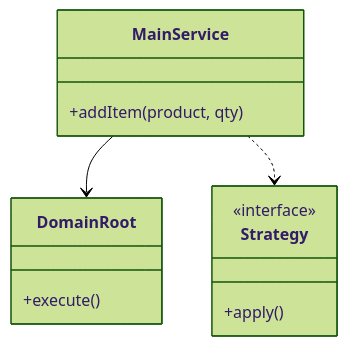
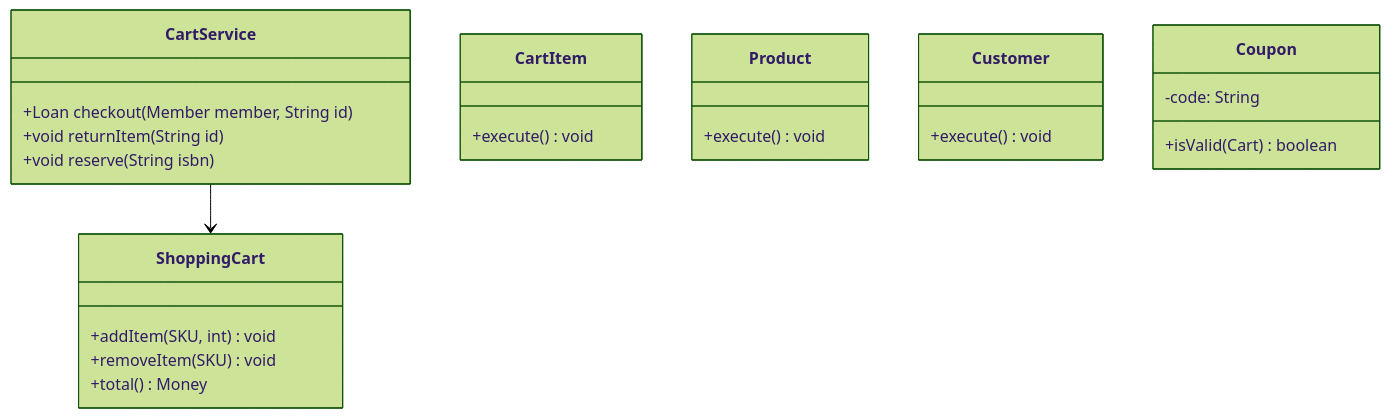
One commit to madhupaila/Interview-Prep-SSE changed the first of 3 diagrams in Learn/System Design - Low Level Design/02-classic-ood/questions/Q22-shopping-cart.md. Above: the diagram before and after it, drawn with Mermaid (forest theme). The commit also changed other lines of this file and 491 other files, not shown here.

````diff
--- a/Learn/System Design - Low Level Design/02-classic-ood/questions/Q22-shopping-cart.md
+++ b/Learn/System Design - Low Level Design/02-classic-ood/questions/Q22-shopping-cart.md
@@ -75,15 +89,27 @@
 ```mermaid
 classDiagram
-    class MainService {
-        +addItem(product, qty)
+    class CartService {
+        +Loan checkout(Member member, String id)
+        +void returnItem(String id)
+        +void reserve(String isbn)
     }
-    class DomainRoot {
-        +execute()
+    class ShoppingCart {
+        +addItem(SKU, int) void
+        +removeItem(SKU) void
+        +total() Money
     }
-    class Strategy {
-        <<interface>>
-        +apply()
+    class CartItem {
+        +execute() void
     }
-    MainService --> DomainRoot
-    MainService ..> Strategy
+    class Product {
+        +execute() void
+    }
+    class Customer {
+        +execute() void
+    }
+    class Coupon {
+        -code: String
+        +isValid(Cart) boolean
+    }
+    CartService --> ShoppingCart
 ```
````
